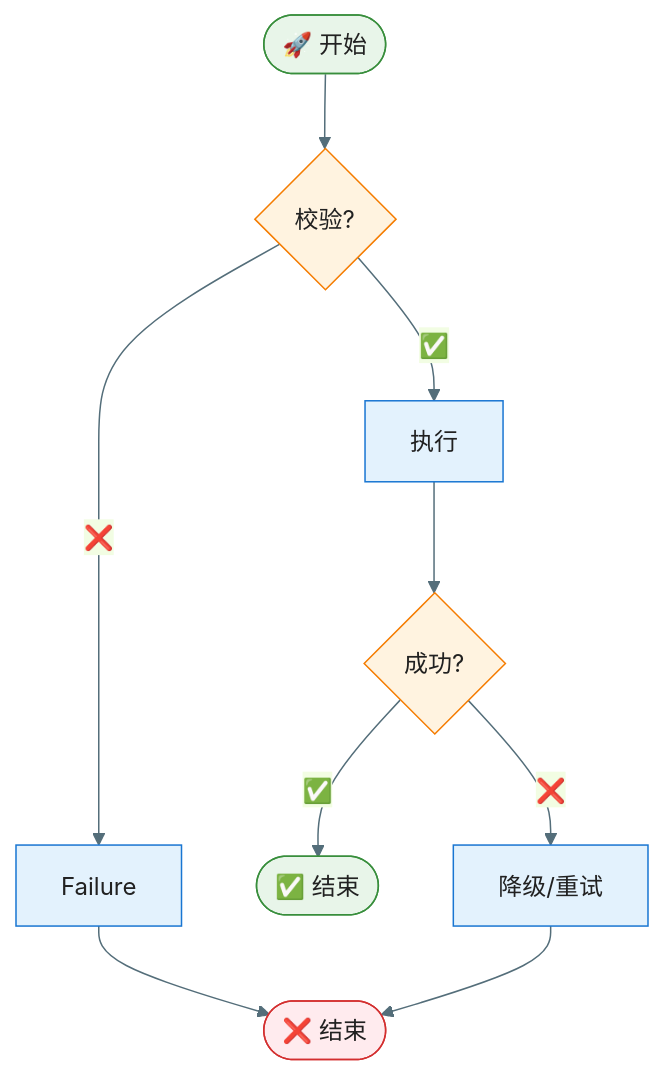
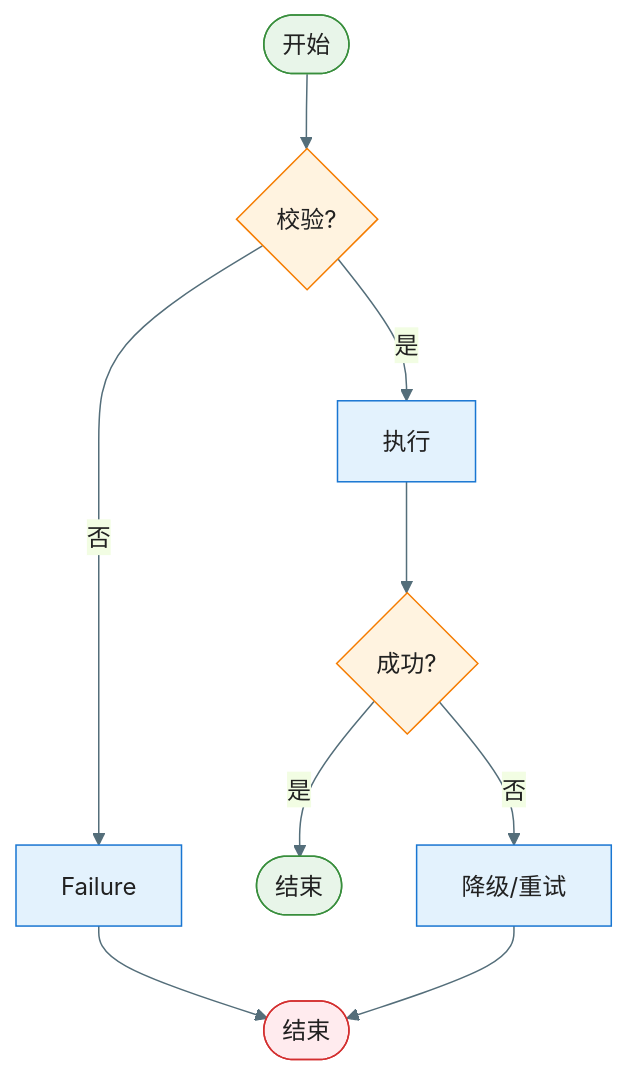
Before and after one commit to jackykarma/Verity: the ninth of 11 diagrams in .specify/templates/plan-template.md, drawn with Mermaid. The commit also changed other lines of this file and 1 other file, not shown here.

Commit message:
移除mermaid使用emoji

````diff
--- a/.specify/templates/plan-template.md
+++ b/.specify/templates/plan-template.md
@@ -506,18 +506,18 @@
 ```mermaid
 %%{init: {'theme': 'base', 'themeVariables': { 'primaryColor': '#E3F2FD', 'primaryTextColor': '#212121', 'primaryBorderColor': '#1976D2', 'lineColor': '#546E7A'}}}%%
 flowchart TD
-    Start([🚀 开始]) --> Check{校验?}
-    Check -->|❌| Fail[Failure]
-    Fail --> EndFail([❌ 结束])
-    Check -->|✅| Execute[执行]
+    Start([开始]) --> Check{校验?}
+    Check -->|否| Fail[Failure]
+    Fail --> EndFail([结束])
+    Check -->|是| Execute[执行]
     Execute --> Result{成功?}
-    Result -->|✅| EndOK([✅ 结束])
-    Result -->|❌| Handle[降级/重试]
+    Result -->|是| EndOK([结束])
+    Result -->|否| Handle[降级/重试]
     Handle --> EndFail
 
     style Start fill:#E8F5E9,stroke:#388E3C
     style EndOK fill:#E8F5E9,stroke:#388E3C
     style EndFail fill:#FFEBEE,stroke:#D32F2F
     style Check fill:#FFF3E0,stroke:#F57C00
     style Result fill:#FFF3E0,stroke:#F57C00
 ```
````
